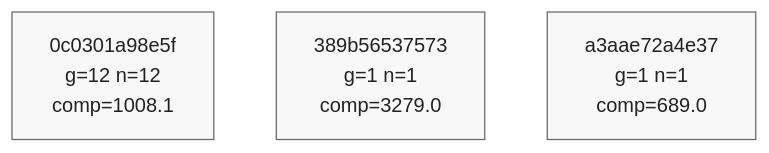
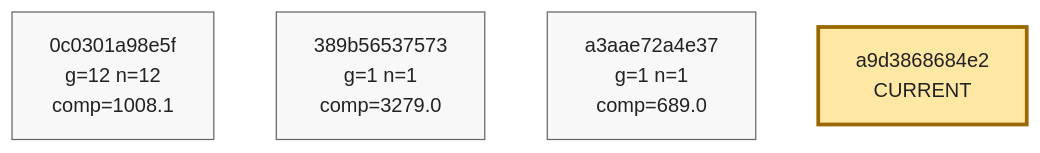
One commit to azumag/soviet_now changed the tenth of 10 diagrams in phyrogenetic-tree.md. Above: the diagram before and after it, drawn with Mermaid. The commit also changed other lines of this file and 2 other files, not shown here.

````diff
--- a/phyrogenetic-tree.md
+++ b/phyrogenetic-tree.md
@@ -2542,16 +2542,18 @@
 ```mermaid
 flowchart TD
     h_0c0301a98e5f["0c0301a98e5f<br/>g=12 n=12<br/>comp=1008.1"]
     h_389b56537573["389b56537573<br/>g=1 n=1<br/>comp=3279.0"]
     h_a3aae72a4e37["a3aae72a4e37<br/>g=1 n=1<br/>comp=689.0"]
+    h_a9d3868684e2["a9d3868684e2<br/>CURRENT"]
 
 
     classDef plain fill:#f8f8f8,stroke:#666,stroke-width:1px,color:#222;
     classDef current fill:#ffe8a3,stroke:#9a6700,stroke-width:3px,color:#222;
     classDef anchor fill:#d7f5dd,stroke:#1f6f43,stroke-width:3px,color:#222;
     classDef current_anchor fill:#f3e4a8,stroke:#1f6f43,stroke-width:4px,color:#222;
 
     class h_0c0301a98e5f plain;
     class h_389b56537573 plain;
     class h_a3aae72a4e37 plain;
+    class h_a9d3868684e2 current;
 ```
````
